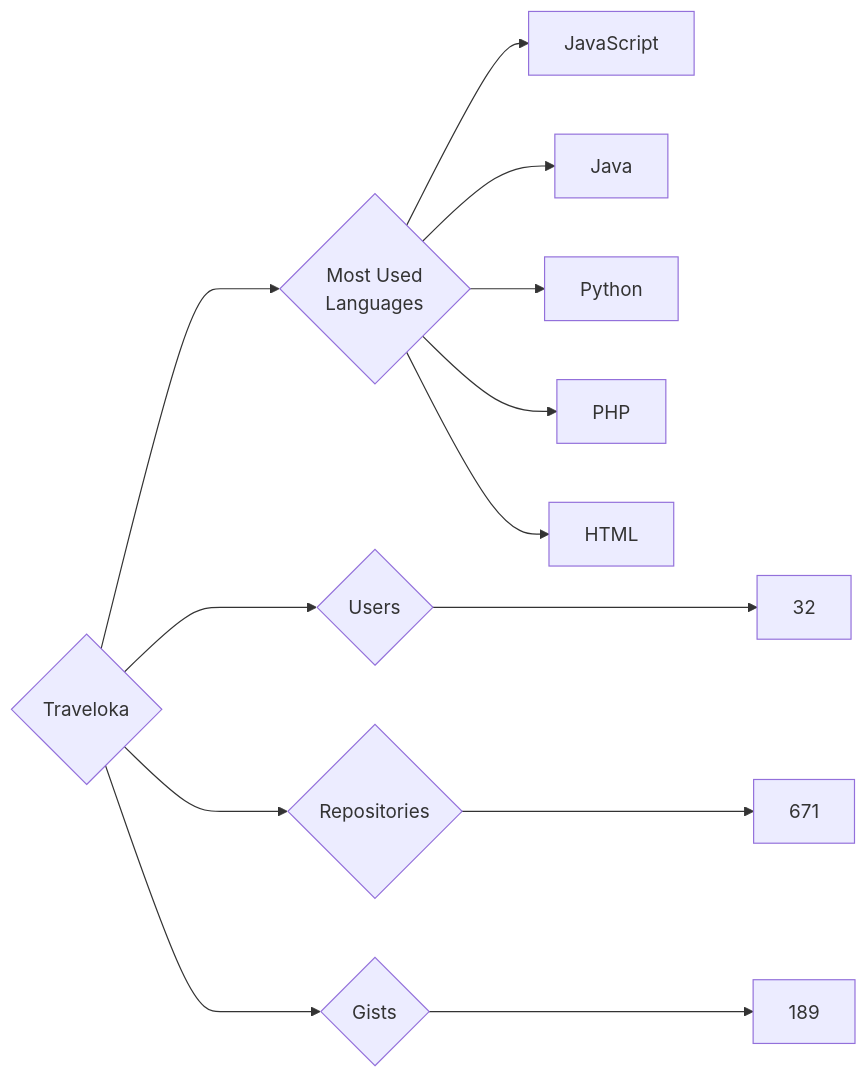
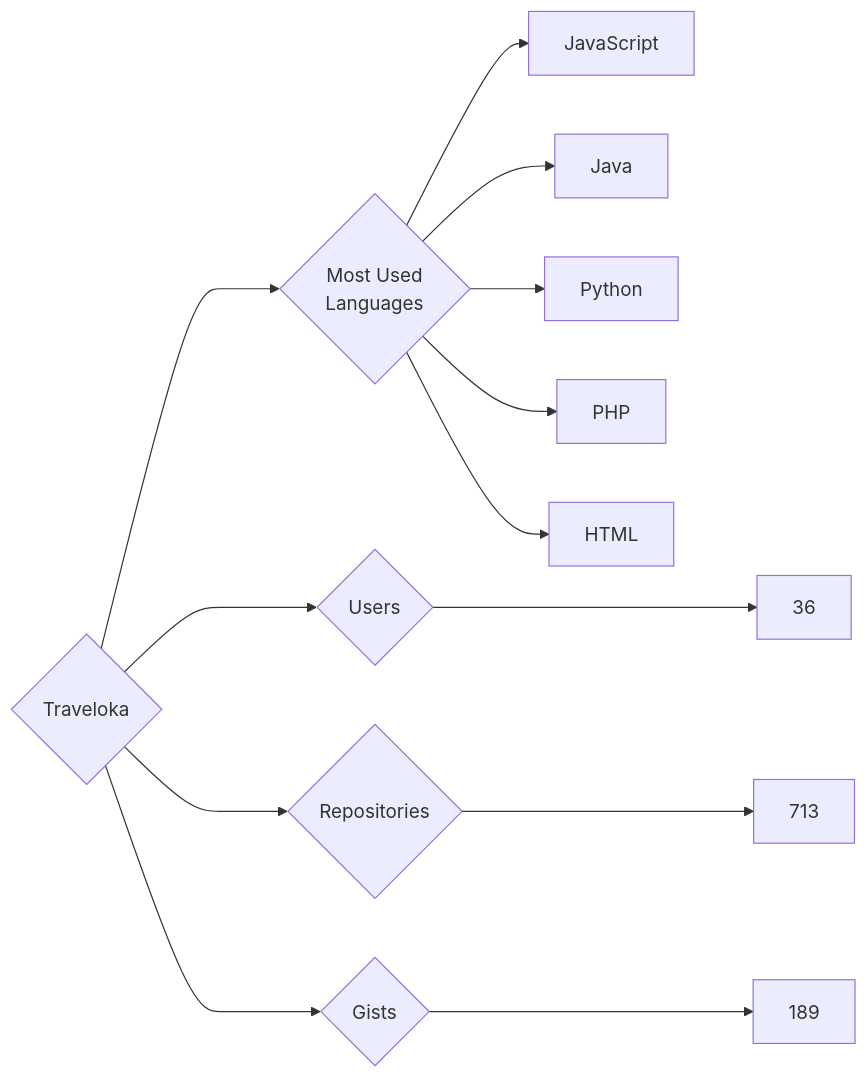
The diagram in targets/Traveloka/README.md (trickest/insiders), drawn with Mermaid before and after one commit. The commit also changed 860 other files, not shown here.

````diff
--- a/targets/Traveloka/README.md
+++ b/targets/Traveloka/README.md
@@ -3,13 +3,13 @@
 ```mermaid
 graph LR
 COMPANY_NAME{Traveloka}
-COMPANY_NAME ---> U{Users} ---> UN[32]
-COMPANY_NAME ---> R{Repositories} ---> RN[671]
+COMPANY_NAME ---> U{Users} ---> UN[36]
+COMPANY_NAME ---> R{Repositories} ---> RN[713]
 COMPANY_NAME ---> G{Gists} ---> GN[189]
 COMPANY_NAME ---> ML{Most Used<br>Languages}
 ML --> JavaScript[JavaScript]
 ML --> Java[Java]
 ML --> Python[Python]
 ML --> PHP[PHP]
 ML --> HTML[HTML]
 ```
````
